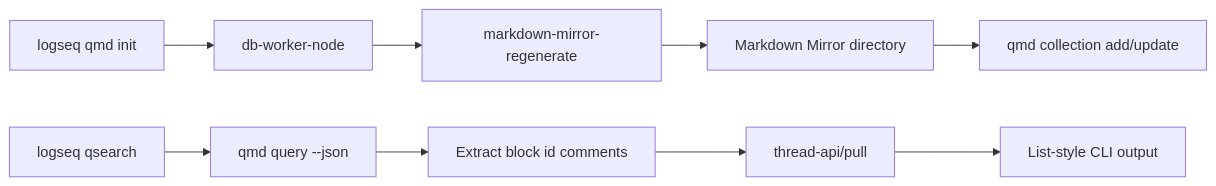
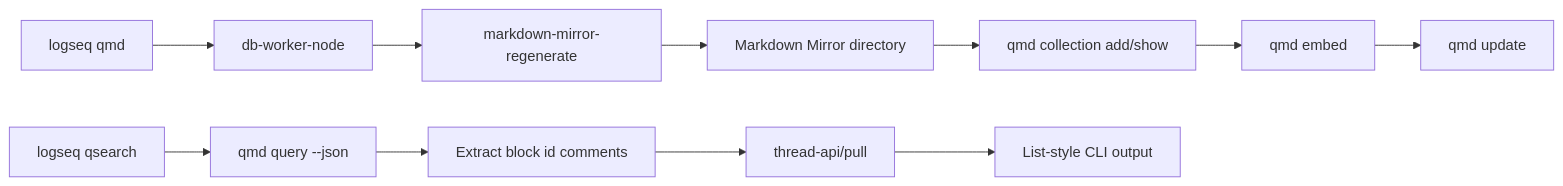
One commit to ac615223s5/logseq changed the diagram in docs/agent-guide/logseq-cli/011-qmd-search.md. Above: the diagram before and after it, drawn with Mermaid. The commit also changed other lines of this file and 8 other files, not shown here.

````diff
--- a/docs/agent-guide/logseq-cli/011-qmd-search.md
+++ b/docs/agent-guide/logseq-cli/011-qmd-search.md
@@ -40,12 +44,14 @@
 ```mermaid
 flowchart LR
-  A["logseq qmd init"] --> B["db-worker-node"]
+  A["logseq qmd"] --> B["db-worker-node"]
   B --> C["markdown-mirror-regenerate"]
   C --> D["Markdown Mirror directory"]
-  D --> E["qmd collection add/update"]
+  D --> E["qmd collection add/show"]
+  E --> K["qmd embed"]
+  K --> L["qmd update"]
 
   F["logseq qsearch"] --> G["qmd query --json"]
   G --> H["Extract block id comments"]
   H --> I["thread-api/pull"]
   I --> J["List-style CLI output"]
 ```
````
